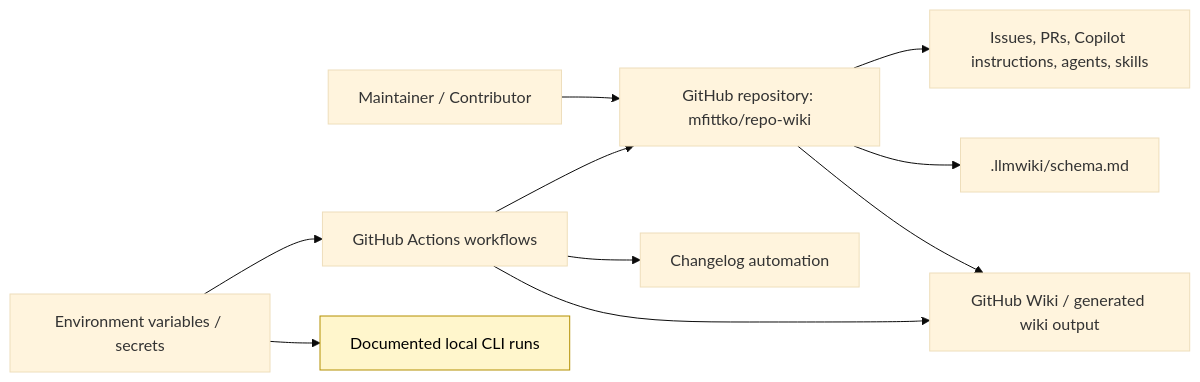
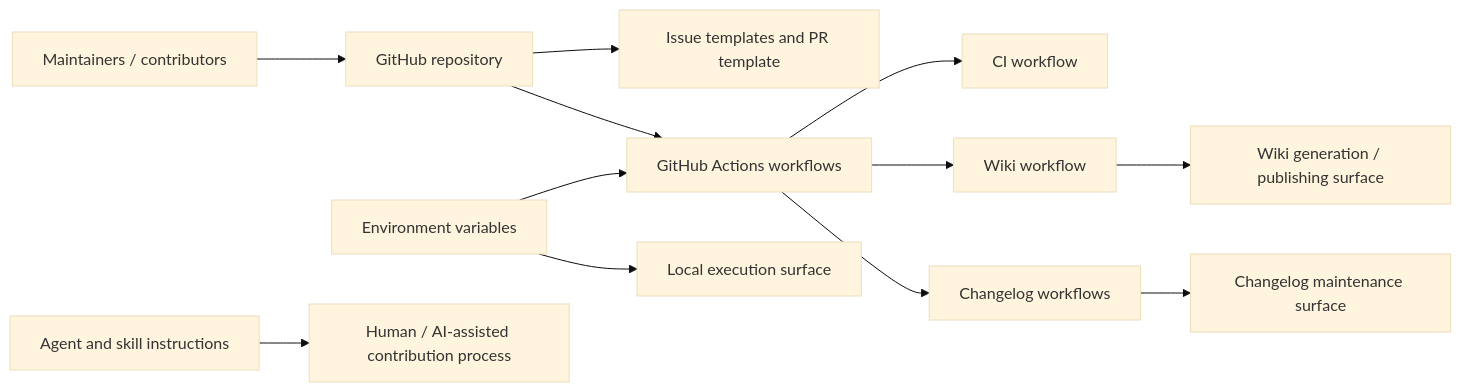
The first of 4 diagrams in Architecture.md (mfittko/repo-wiki), drawn with Mermaid (base theme) before and after one commit. The commit also changed other lines of this file and 45 other files, not shown here.

Commit message:
Compile repository wiki 2026-06-12T16:37:41.765Z

````diff
--- a/Architecture.md
+++ b/Architecture.md
@@ -45,15 +41,21 @@
 ```mermaid
 flowchart LR
-    User["Maintainer / Contributor"] --> GitHubRepo["GitHub repository: mfittko/repo-wiki"]
-    GitHubActions["GitHub Actions workflows"] --> GitHubRepo
-    GitHubRepo --> Wiki["GitHub Wiki / generated wiki output"]
-    GitHubActions --> Wiki
-    GitHubActions --> Changelog["Changelog automation"]
-    GitHubRepo --> Schema[".llmwiki/schema.md"]
-    GitHubRepo --> Collaboration["Issues, PRs, Copilot instructions, agents, skills"]
-    Env["Environment variables / secrets"] --> GitHubActions
-    Env --> LocalRun["Documented local CLI runs"]
+  User["Maintainers / contributors"] --> GitHubRepo["GitHub repository"]
+  GitHubRepo --> IssuesPRs["Issue templates and PR template"]
+  GitHubRepo --> Actions["GitHub Actions workflows"]
+  Actions --> CI["CI workflow"]
+  Actions --> Wiki["Wiki workflow"]
+  Actions --> Changelog["Changelog workflows"]
+  Wiki --> WikiOutput["Wiki generation / publishing surface"]
+  Changelog --> ChangelogOutput["Changelog maintenance surface"]
+  Env["Environment variables"] --> Actions
+  Env --> LocalRuns["Local execution surface"]
+  Agents["Agent and skill instructions"] --> Contributors["Human / AI-assisted contribution process"]
 
-    classDef inferred fill:#fff6cc,stroke:#b38f00,color:#000;
-    class LocalRun inferred;
+  click GitHubRepo ".github/ISSUE_TEMPLATE/config.yml"
+  click Actions ".github/workflows/ci.yml"
+  click Wiki ".github/workflows/wiki.yml"
+  click Changelog ".github/workflows/changelog-on-merge.yml"
+  click Env ".env.example"
+  click Agents ".github/agents/coordinator.agent.md"
 ```
````
